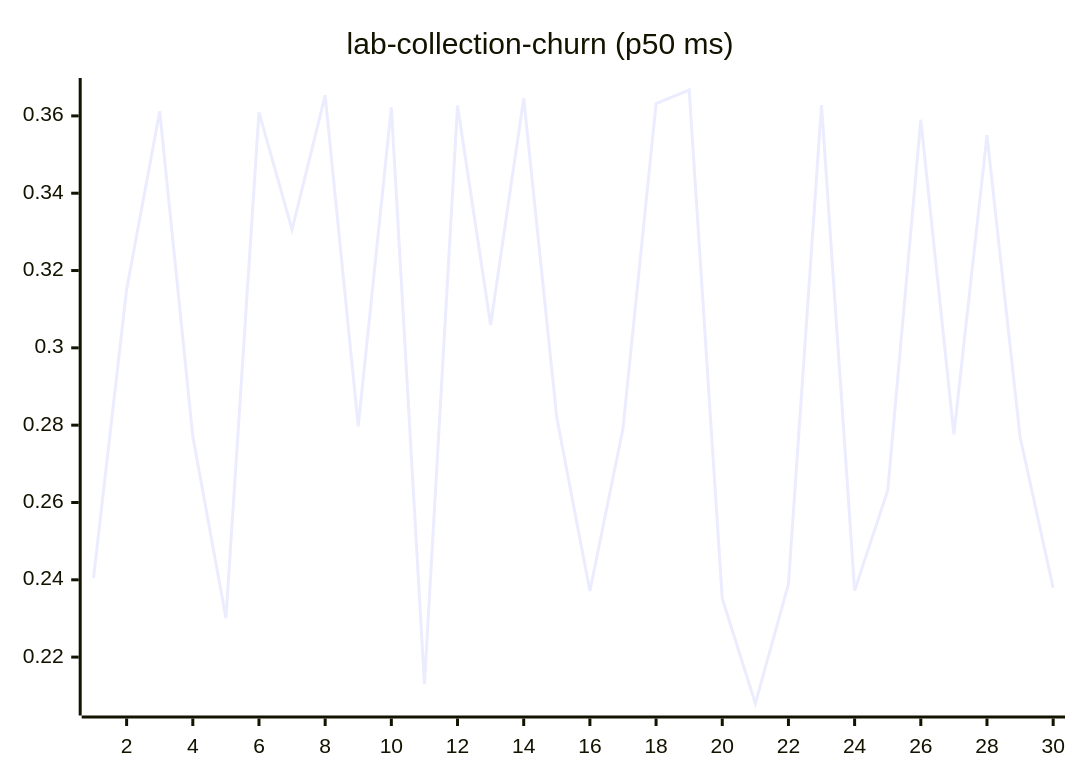
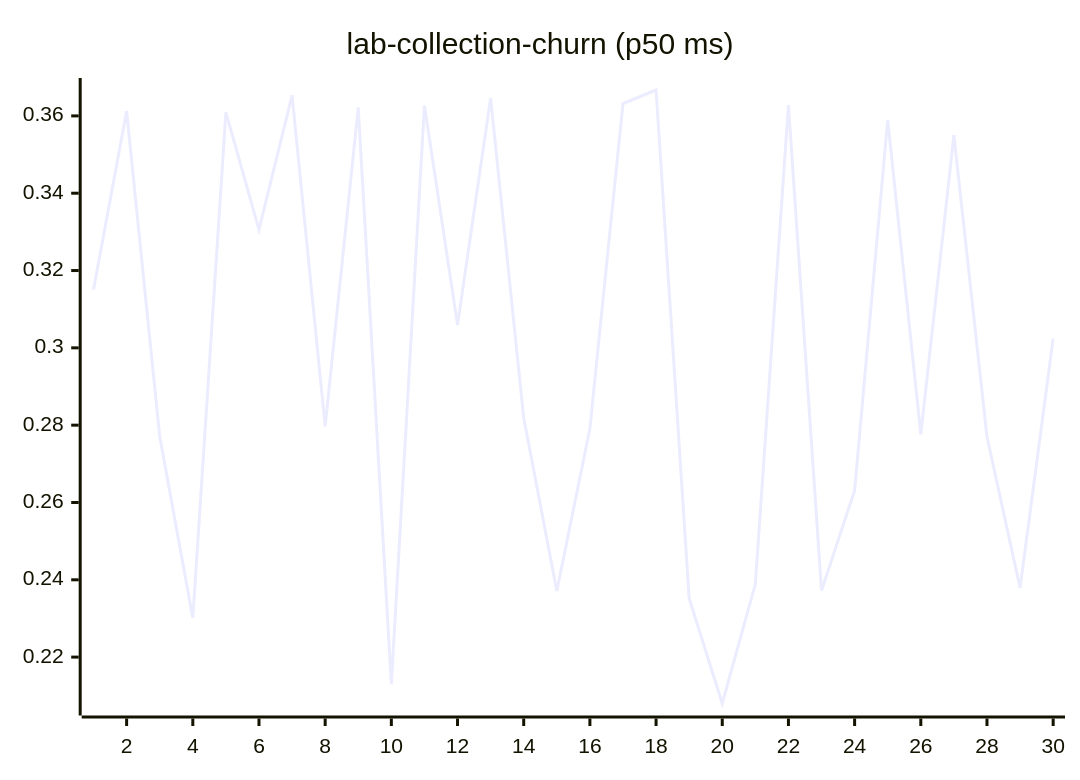
Diagram 11 of 27 in README.md (josha/Facet), drawn with Mermaid before and after one commit. The commit also changed other lines of this file and 2 other files, not shown here.

````diff
--- a/README.md
+++ b/README.md
@@ -133,6 +133,6 @@
 ```mermaid
 xychart-beta
     title "lab-collection-churn (p50 ms)"
     x-axis 1 --> 30
-    line [0.2405, 0.3151, 0.3612, 0.2771, 0.2301, 0.3609, 0.3306, 0.3653, 0.2797, 0.3622, 0.2130, 0.3627, 0.3059, 0.3646, 0.2819, 0.2371, 0.2791, 0.3632, 0.3667, 0.2352, 0.2080, 0.2389, 0.3628, 0.2372, 0.2631, 0.3590, 0.2776, 0.3550, 0.2770, 0.2379]
+    line [0.3151, 0.3612, 0.2771, 0.2301, 0.3609, 0.3306, 0.3653, 0.2797, 0.3622, 0.2130, 0.3627, 0.3059, 0.3646, 0.2819, 0.2371, 0.2791, 0.3632, 0.3667, 0.2352, 0.2080, 0.2389, 0.3628, 0.2372, 0.2631, 0.3590, 0.2776, 0.3550, 0.2770, 0.2379, 0.3024]
 ```
````
